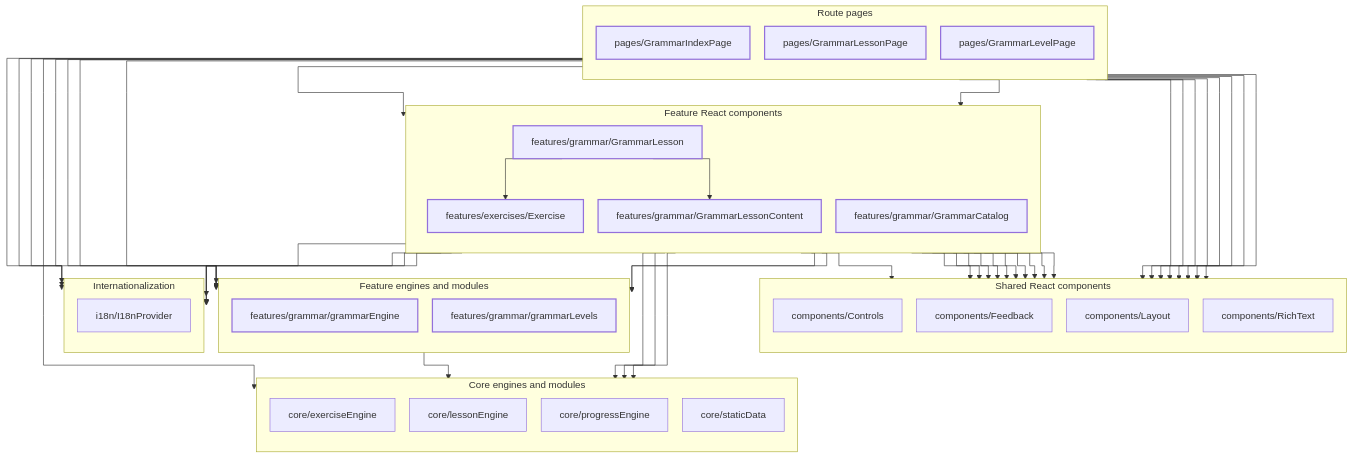
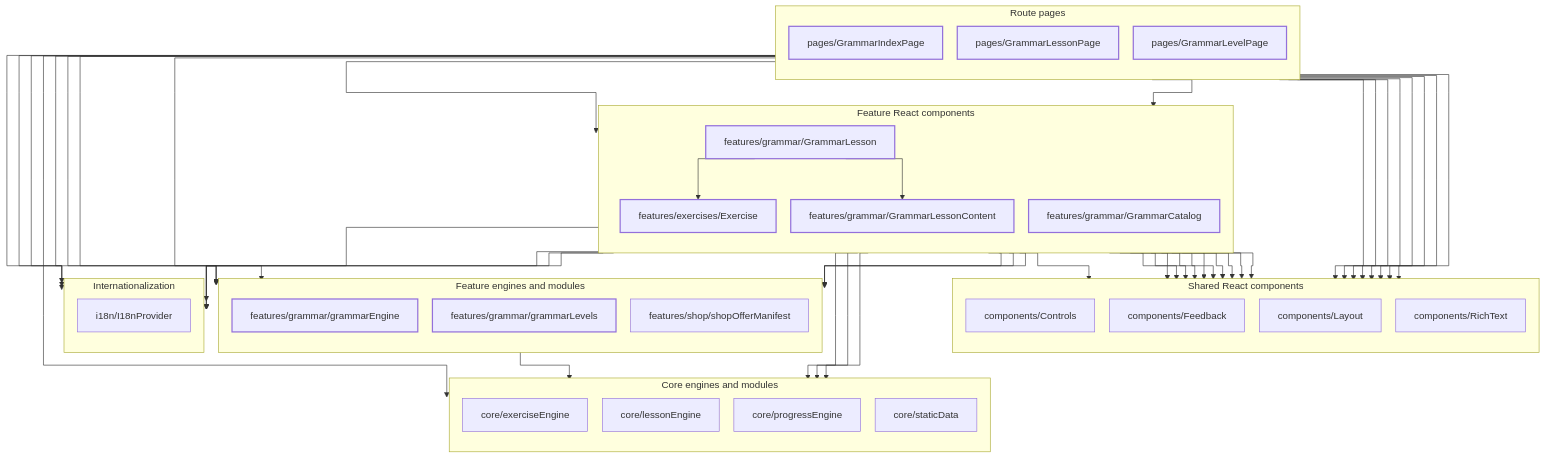
One commit to temsahak-rgb/Dino-5monde changed the fourth of 9 diagrams in docs/dependency-graph.md. Above: the diagram before and after it, drawn with Mermaid. The commit also changed other lines of this file, not shown here.

Commit message:
docs: update dependency graph [skip ci]

```diff
--- a/docs/dependency-graph.md
+++ b/docs/dependency-graph.md
@@ -237,56 +263,58 @@
         direction TB
         M11["features/grammar/grammarEngine"]:::focus
         M12["features/grammar/grammarLevels"]:::focus
+        M13["features/shop/shopOfferManifest"]
     end
     subgraph S9["Core engines and modules"]
         direction TB
-        M13["core/exerciseEngine"]
-        M14["core/lessonEngine"]
-        M15["core/progressEngine"]
-        M16["core/staticData"]
+        M14["core/exerciseEngine"]
+        M15["core/lessonEngine"]
+        M16["core/progressEngine"]
+        M17["core/staticData"]
     end
     subgraph S10["Internationalization"]
         direction TB
-        M17["i18n/I18nProvider"]
+        M18["i18n/I18nProvider"]
     end
-    M7 --> M13
-    M7 --> M15
-    M7 --> M17
+    M7 --> M14
+    M7 --> M16
+    M7 --> M18
     M7 --> M3
     M7 --> M4
     M7 --> M5
     M7 --> M6
     M8 --> M11
-    M8 --> M17
+    M8 --> M13
+    M8 --> M18
     M8 --> M3
     M8 --> M5
-    M11 --> M16
-    M9 --> M15
+    M11 --> M17
+    M9 --> M16
     M9 --> M7
     M9 --> M11
     M9 --> M10
-    M9 --> M17
+    M9 --> M18
     M9 --> M3
     M9 --> M5
-    M10 --> M17
+    M10 --> M18
     M10 --> M3
     M10 --> M5
     M10 --> M6
     M0 --> M12
-    M0 --> M17
+    M0 --> M18
     M0 --> M3
     M0 --> M5
-    M1 --> M14
+    M1 --> M15
     M1 --> M11
     M1 --> M9
     M1 --> M12
-    M1 --> M17
+    M1 --> M18
     M1 --> M3
     M1 --> M4
     M1 --> M5
     M2 --> M8
     M2 --> M11
-    M2 --> M17
+    M2 --> M18
     M2 --> M3
     M2 --> M4
     M2 --> M5
```
